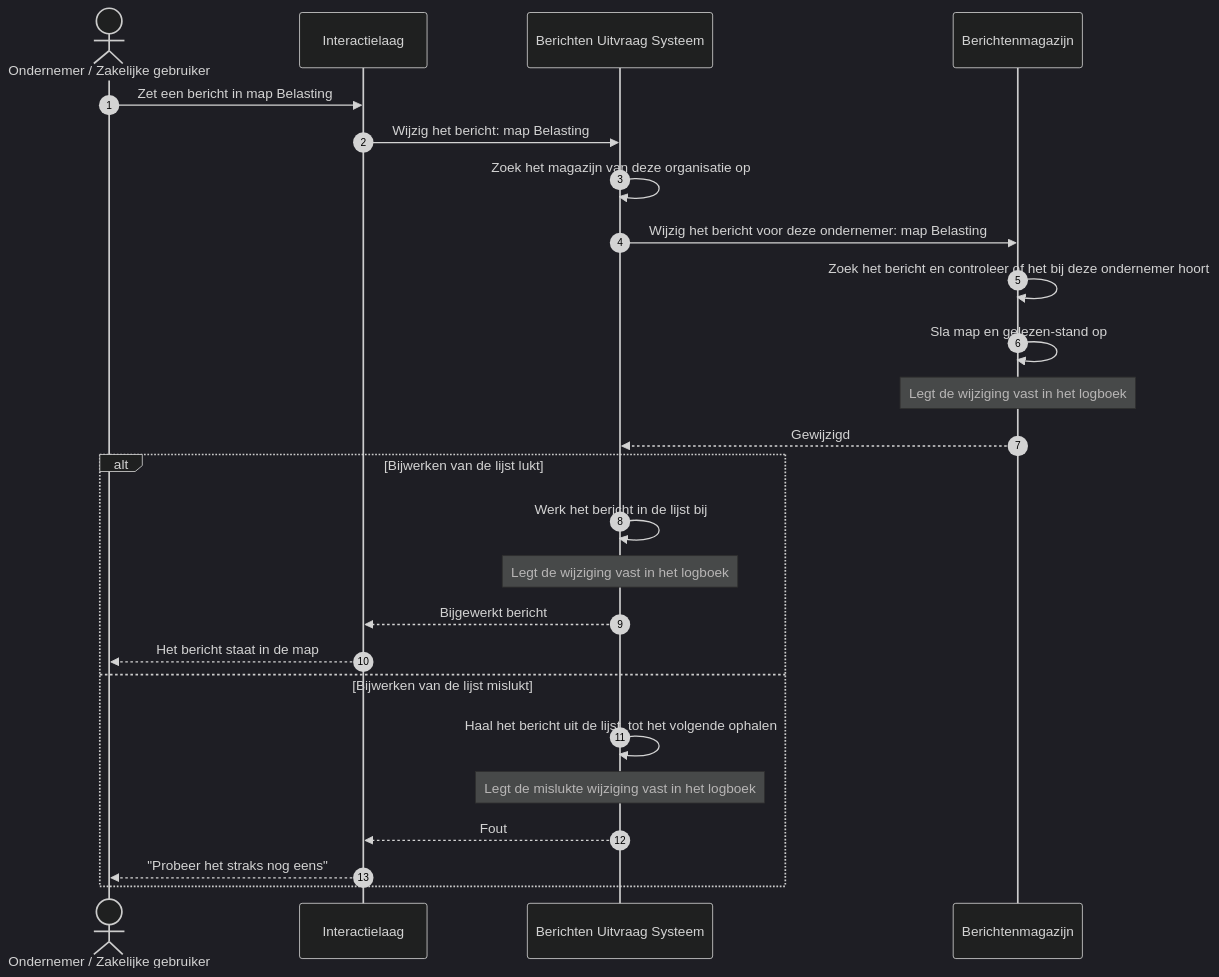
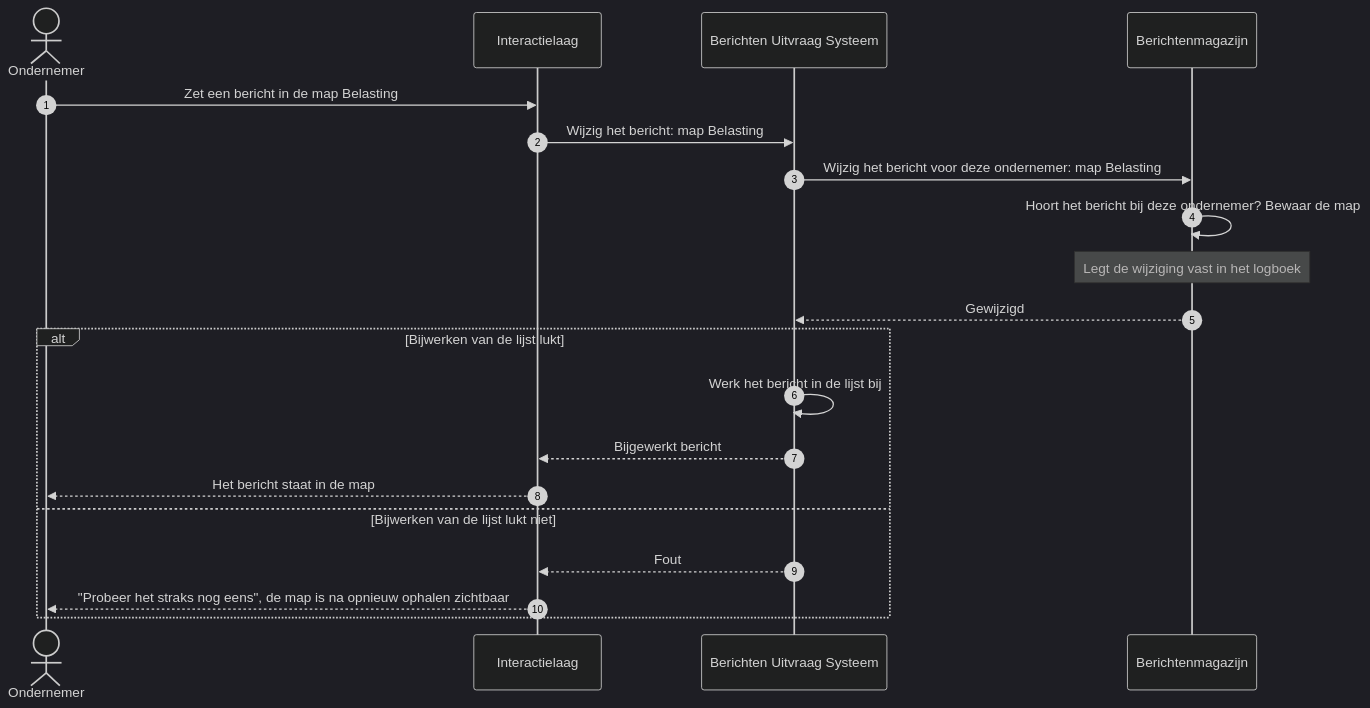
Before and after one commit to MinBZK/moza-poc-fbs-berichtenbox: the diagram in docs/architecture/workspace-docs/11-uc7-bericht-verplaatsen.md, drawn with Mermaid (dark theme). The commit also changed other lines of this file and 15 other files, not shown here.

First line of the commit message:
docs(architectuur): use cases als eindresultaat, beheersituaties als use case 9-11

````diff
--- a/docs/architecture/workspace-docs/11-uc7-bericht-verplaatsen.md
+++ b/docs/architecture/workspace-docs/11-uc7-bericht-verplaatsen.md
@@ -29,28 +30,23 @@
 ```mermaid
 sequenceDiagram
     autonumber
-    actor OND as Ondernemer / Zakelijke gebruiker
+    actor OND as Ondernemer
     participant IL as Interactielaag
     participant FBS as Berichten Uitvraag Systeem
     participant MAG as Berichtenmagazijn
 
-    OND->>IL: Zet een bericht in map Belasting
+    OND->>IL: Zet een bericht in de map Belasting
     IL->>FBS: Wijzig het bericht: map Belasting
-    FBS->>FBS: Zoek het magazijn van deze organisatie op
     FBS->>MAG: Wijzig het bericht voor deze ondernemer: map Belasting
-    MAG->>MAG: Zoek het bericht en controleer of het bij deze ondernemer hoort
-    MAG->>MAG: Sla map en gelezen-stand op
+    MAG->>MAG: Hoort het bericht bij deze ondernemer? Bewaar de map
     Note over MAG: Legt de wijziging vast in het logboek
     MAG-->>FBS: Gewijzigd
     alt Bijwerken van de lijst lukt
         FBS->>FBS: Werk het bericht in de lijst bij
-        Note over FBS: Legt de wijziging vast in het logboek
         FBS-->>IL: Bijgewerkt bericht
         IL-->>OND: Het bericht staat in de map
-    else Bijwerken van de lijst mislukt
-        FBS->>FBS: Haal het bericht uit de lijst, tot het volgende ophalen
-        Note over FBS: Legt de mislukte wijziging vast in het logboek
+    else Bijwerken van de lijst lukt niet
         FBS-->>IL: Fout
-        IL-->>OND: "Probeer het straks nog eens"
+        IL-->>OND: "Probeer het straks nog eens", de map is na opnieuw ophalen zichtbaar
     end
 ```
````
